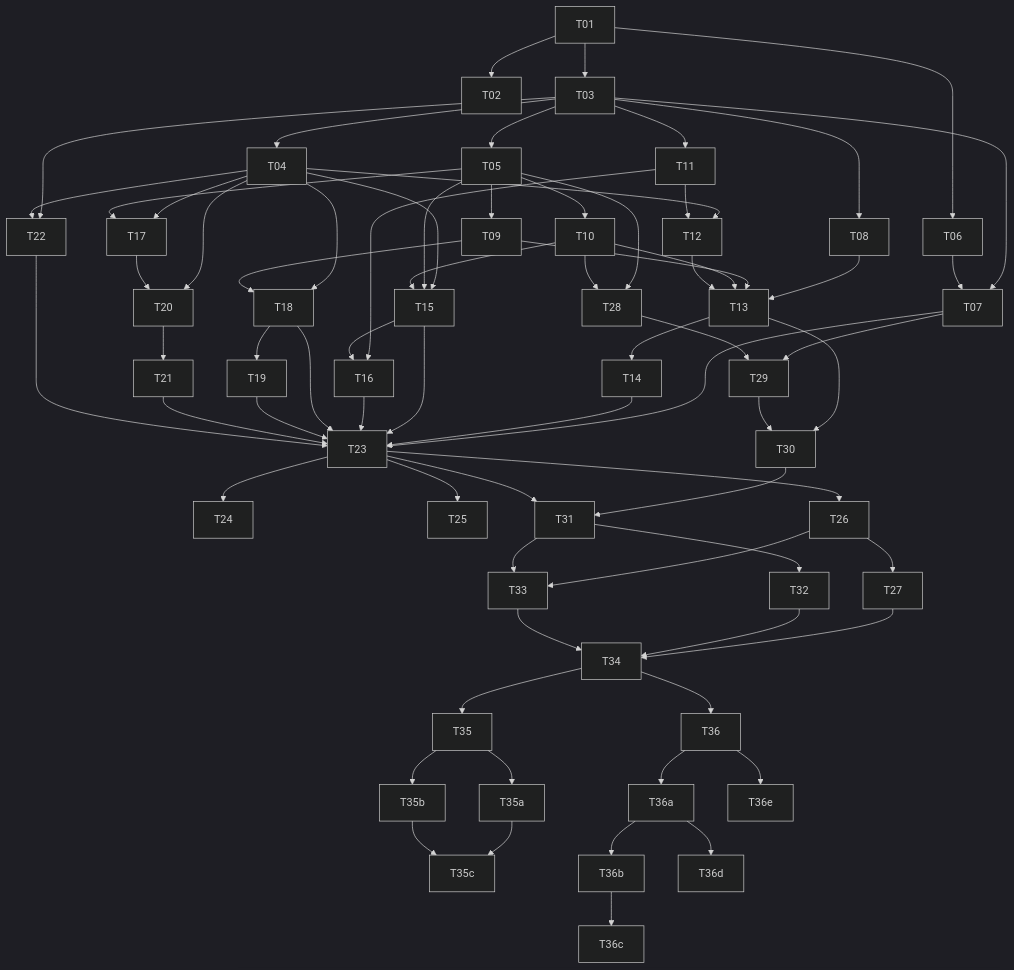
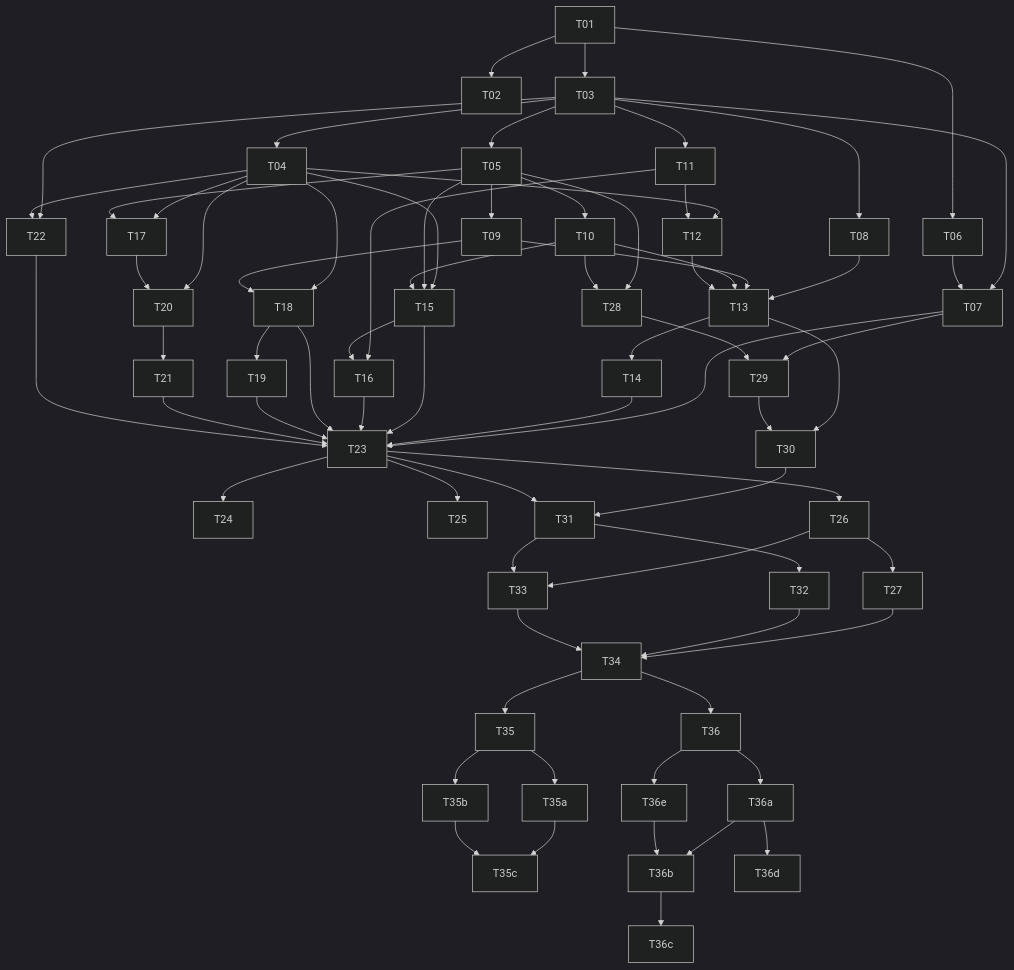
Before and after one commit to agentsky/agent-core: the diagram in docs/tasks-plan.md, drawn with Mermaid (dark theme). The commit also changed other lines of this file and 1 other file, not shown here.

````diff
--- a/docs/tasks-plan.md
+++ b/docs/tasks-plan.md
@@ -451,73 +451,74 @@
 ```mermaid
 graph TD
     T01 --> T02
     T01 --> T03
     T03 --> T04
     T03 --> T05
     T01 --> T06
     T03 --> T07
     T06 --> T07
     T03 --> T08
     T05 --> T09
     T05 --> T10
     T03 --> T11
     T04 --> T12
     T11 --> T12
     T08 --> T13
     T09 --> T13
     T10 --> T13
     T12 --> T13
     T13 --> T14
     T04 --> T15
     T05 --> T15
     T10 --> T15
     T11 --> T16
     T15 --> T16
     T04 --> T17
     T05 --> T17
     T04 --> T18
     T09 --> T18
     T18 --> T19
     T04 --> T20
     T17 --> T20
     T20 --> T21
     T03 --> T22
     T04 --> T22
     T07 --> T23
     T14 --> T23
     T15 --> T23
     T16 --> T23
     T18 --> T23
     T19 --> T23
     T21 --> T23
     T22 --> T23
     T23 --> T24
     T23 --> T25
     T23 --> T26
     T26 --> T27
     T05 --> T28
     T10 --> T28
     T07 --> T29
     T28 --> T29
     T13 --> T30
     T29 --> T30
     T30 --> T31
     T23 --> T31
     T31 --> T32
     T26 --> T33
     T31 --> T33
     T27 --> T34
     T32 --> T34
     T33 --> T34
     T34 --> T35
     T35 --> T35a
     T35 --> T35b
     T35a --> T35c
     T35b --> T35c
     T34 --> T36
     T36 --> T36a
     T36a --> T36b
     T36b --> T36c
     T36a --> T36d
     T36 --> T36e
+    T36e --> T36b
 ```
````
